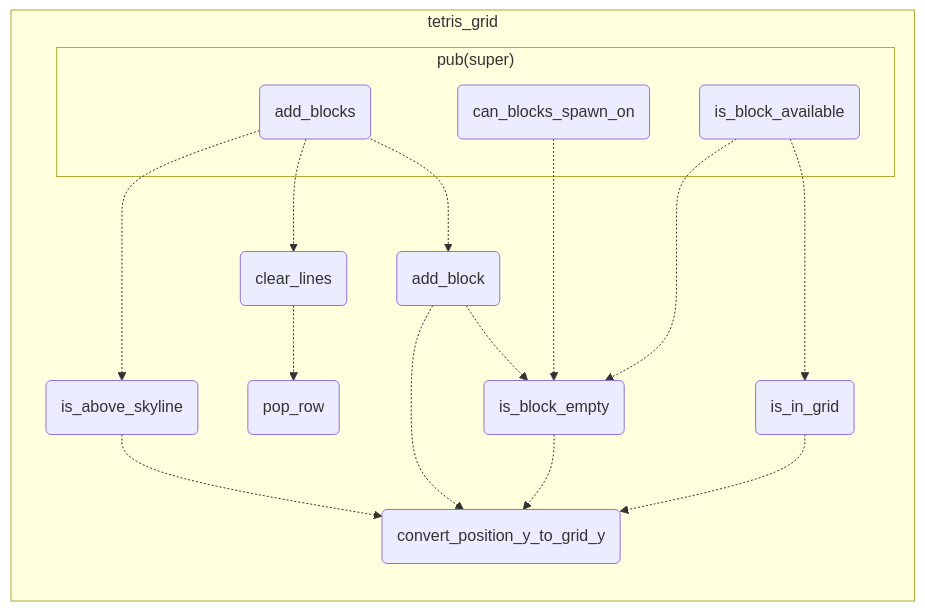
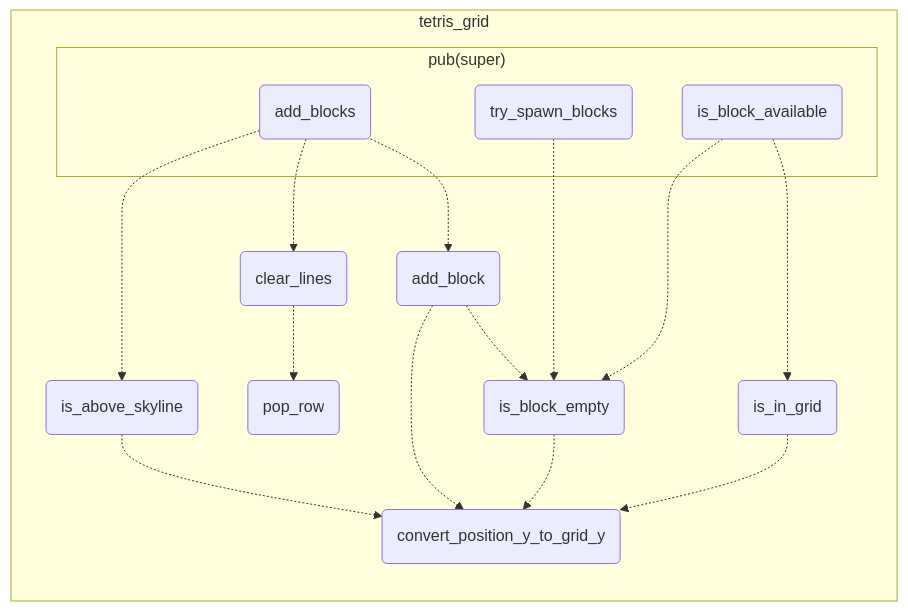
One commit to inesvar/tetris changed the diagram in tetris_core/src/tetris_grid_internals.mmd. Above: the diagram before and after it, drawn with Mermaid. The commit also changed 3 other files, not shown here.

Commit message:
tetris_grid: Rename can_blocks_spawn_on -> try_spawn_blocks

```diff
--- a/tetris_core/src/tetris_grid_internals.mmd
+++ b/tetris_core/src/tetris_grid_internals.mmd
@@ -1,39 +1,39 @@
 graph LR
     %% tetris grid
     clear_lines(clear_lines)
     pop_row(pop_row)
     is_above_skyline(is_above_skyline)
     add_block(add_block)
 
     is_block_empty(is_block_empty)
     convert_position_y_to_grid_y(convert_position_y_to_grid_y)
 
     is_in_grid(is_in_grid)
 
     add_blocks(add_blocks)
-    can_blocks_spawn_on(can_blocks_spawn_on)
+    try_spawn_blocks(try_spawn_blocks)
     is_block_available(is_block_available)
 
     subgraph tetris_grid
         subgraph "pub(super)"
             add_blocks
-            can_blocks_spawn_on
+            try_spawn_blocks
             is_block_available
         end
         add_blocks -.-> is_above_skyline
         add_blocks -.-> clear_lines
         add_blocks -.-> add_block
     
         is_above_skyline -.-> convert_position_y_to_grid_y
         clear_lines -.-> pop_row
         add_block -.-> is_block_empty
         add_block -.-> convert_position_y_to_grid_y
     
         is_block_empty -.-> convert_position_y_to_grid_y
 
         is_in_grid -.-> convert_position_y_to_grid_y
 
-        can_blocks_spawn_on -.-> is_block_empty
+        try_spawn_blocks -.-> is_block_empty
         is_block_available -.-> is_in_grid
         is_block_available -.-> is_block_empty
     end
```
